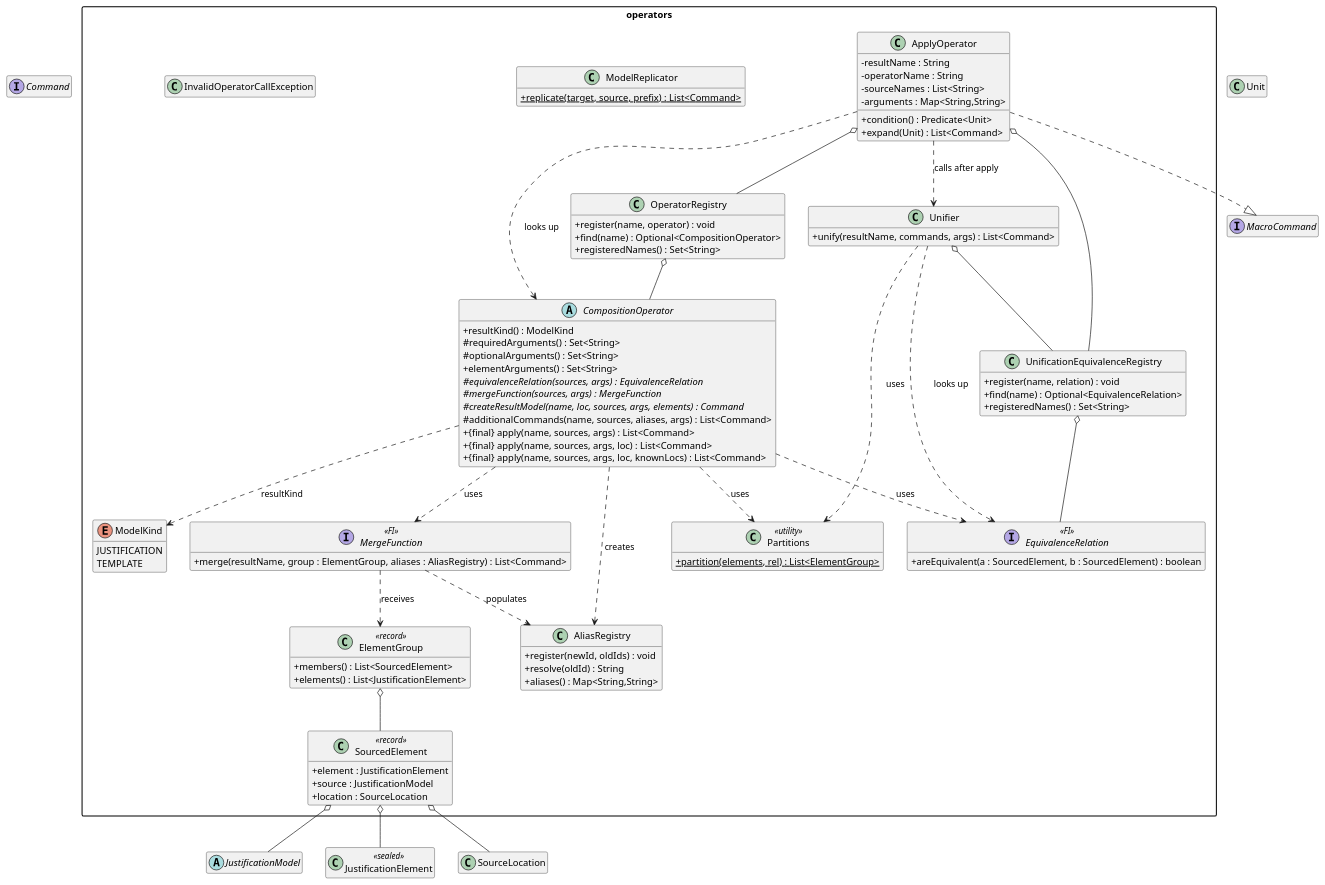
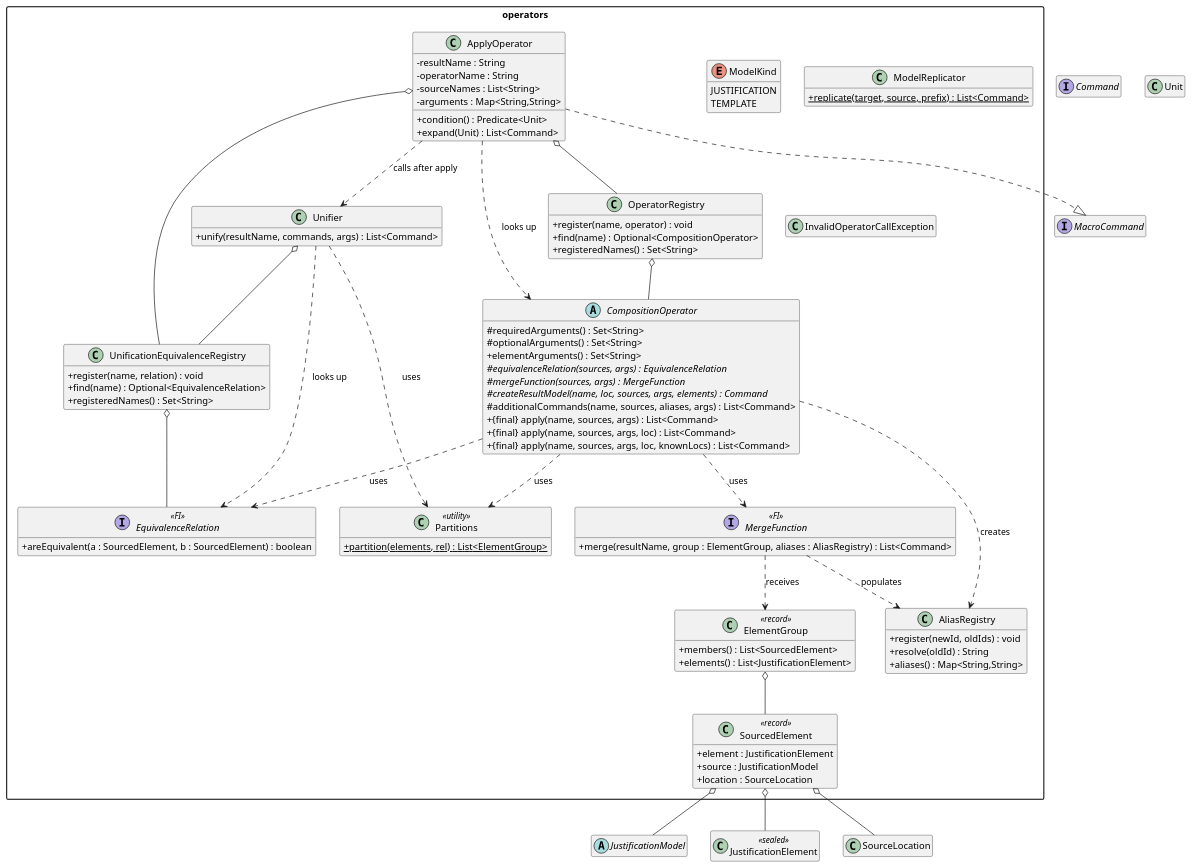
One commit to jpipe-mcscert/jpipe-compiler changed the first of 3 diagrams in docs/design/operators.md. Above: the diagram before and after it, drawn with PlantUML. The commit also changed other lines of this file and 16 other files, not shown here.

```diff
--- a/docs/design/operators.md
+++ b/docs/design/operators.md
@@ -151,7 +153,6 @@
 package "operators" {
 
   abstract class CompositionOperator {
-    + resultKind() : ModelKind
     # requiredArguments() : Set<String>
     # optionalArguments() : Set<String>
     + elementArguments() : Set<String>
@@ -233,7 +234,6 @@
   CompositionOperator ..> MergeFunction : uses
   CompositionOperator ..> AliasRegistry : creates
   CompositionOperator ..> Partitions : uses
-  CompositionOperator ..> ModelKind : resultKind
 
   MergeFunction ..> ElementGroup : receives
   MergeFunction ..> AliasRegistry : populates
```
